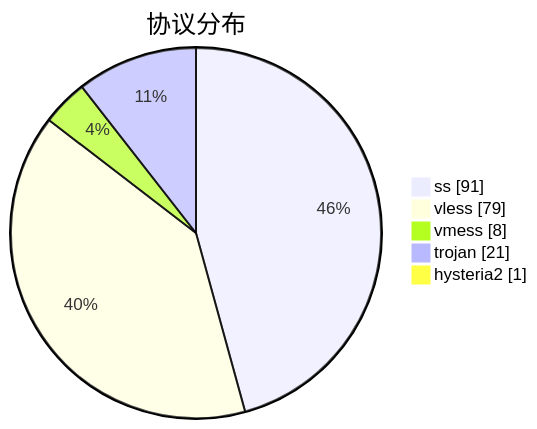
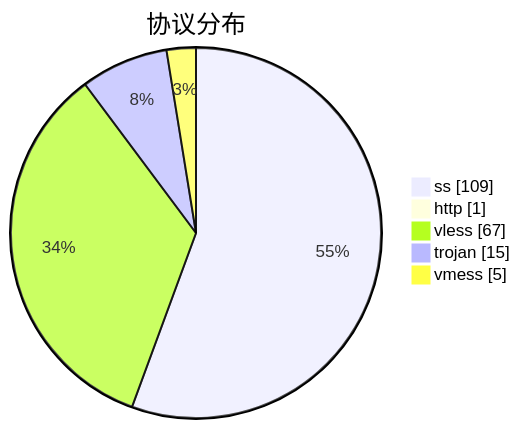
One commit to qjlxg/airport changed the third of 3 diagrams in subs/statistics/tested_within.md. Above: the diagram before and after it, drawn with Mermaid. The commit also changed other lines of this file and 2 other files, not shown here.

````diff
--- a/subs/statistics/tested_within.md
+++ b/subs/statistics/tested_within.md
@@ -29,9 +26,9 @@
 ```mermaid
 pie showData
 title 协议分布
-"ss" : 91
-"vless" : 79
-"vmess" : 8
-"trojan" : 21
-"hysteria2" : 1
+"ss" : 109
+"http" : 1
+"vless" : 67
+"trojan" : 15
+"vmess" : 5
 ```
````
